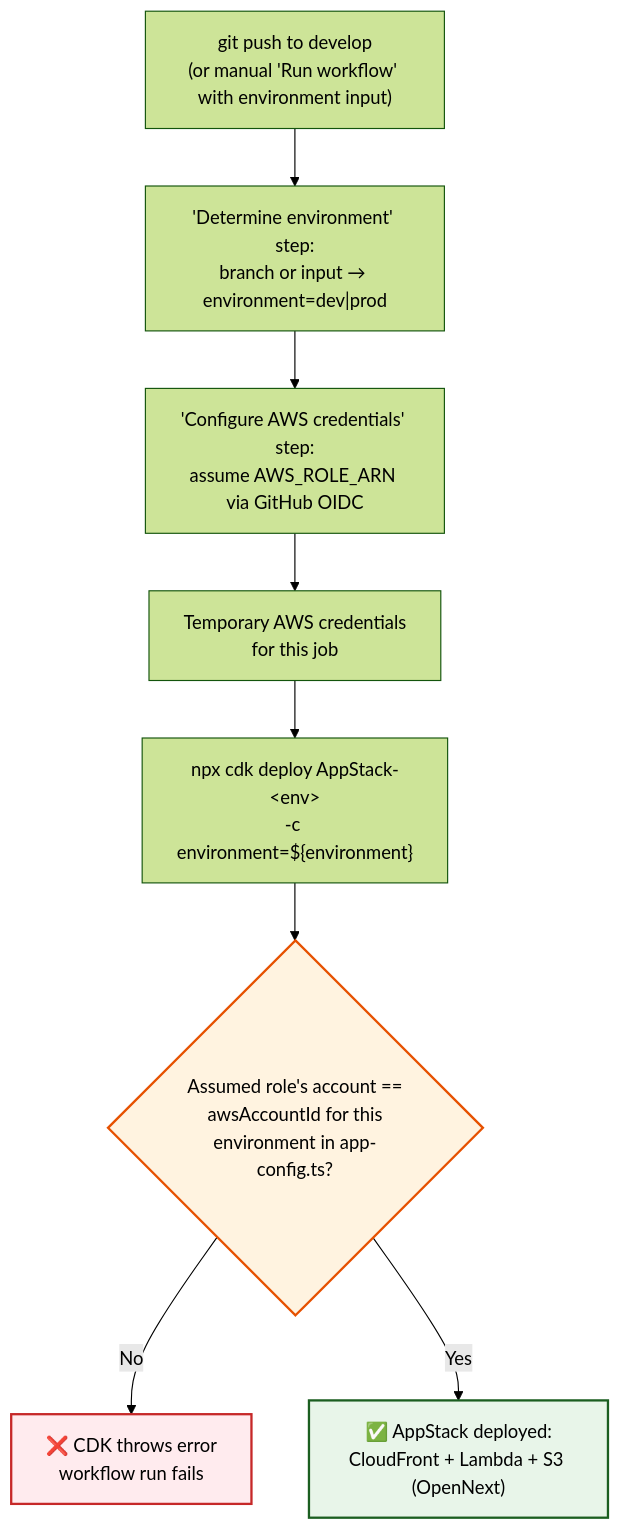
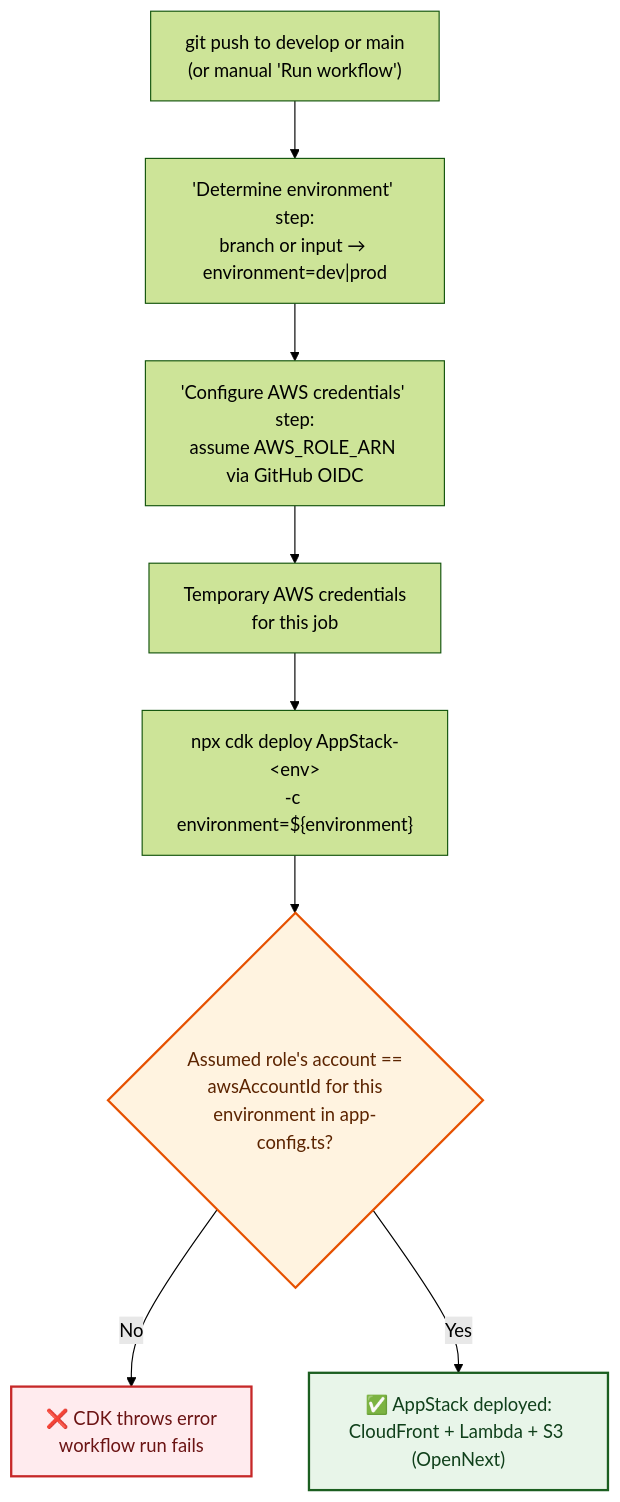
The third of 3 diagrams in docs/deployment-flows.md (yuichiroyamaji/bms), drawn with Mermaid (forest theme) before and after one commit. The commit also changed other lines of this file and 12 other files, not shown here.

First line of the commit message:
docs: tighten project docs and fix mermaid label contrast

````diff
--- a/docs/deployment-flows.md
+++ b/docs/deployment-flows.md
@@ -96,17 +96,17 @@
 ```mermaid
 flowchart TD
-    A["git push to develop<br/>(or manual 'Run workflow' with environment input)"] --> B["'Determine environment' step:<br/>branch or input → environment=dev|prod"]
+    A["git push to develop or main<br/>(or manual 'Run workflow')"] --> B["'Determine environment' step:<br/>branch or input → environment=dev|prod"]
     B --> C["'Configure AWS credentials' step:<br/>assume AWS_ROLE_ARN via GitHub OIDC"]
     C --> D["Temporary AWS credentials<br/>for this job"]
     D --> E["npx cdk deploy AppStack-&lt;env&gt;<br/>-c environment=${environment}"]
     E --> F{"Assumed role's account ==<br/>awsAccountId for this<br/>environment in app-config.ts?"}
     F -- No --> G["❌ CDK throws error<br/>workflow run fails"]
     F -- Yes --> H["✅ AppStack deployed:<br/>CloudFront + Lambda + S3 (OpenNext)"]
 
-    classDef guard fill:#fff3e0,stroke:#e65100,stroke-width:2px
-    classDef fail fill:#ffebee,stroke:#c62828,stroke-width:2px
-    classDef success fill:#e8f5e9,stroke:#1b5e20,stroke-width:2px
+    classDef guard fill:#fff3e0,stroke:#e65100,stroke-width:2px,color:#5c2400
+    classDef fail fill:#ffebee,stroke:#c62828,stroke-width:2px,color:#6b1414
+    classDef success fill:#e8f5e9,stroke:#1b5e20,stroke-width:2px,color:#10401b
     class F guard
     class G fail
     class H success
 ```
````
